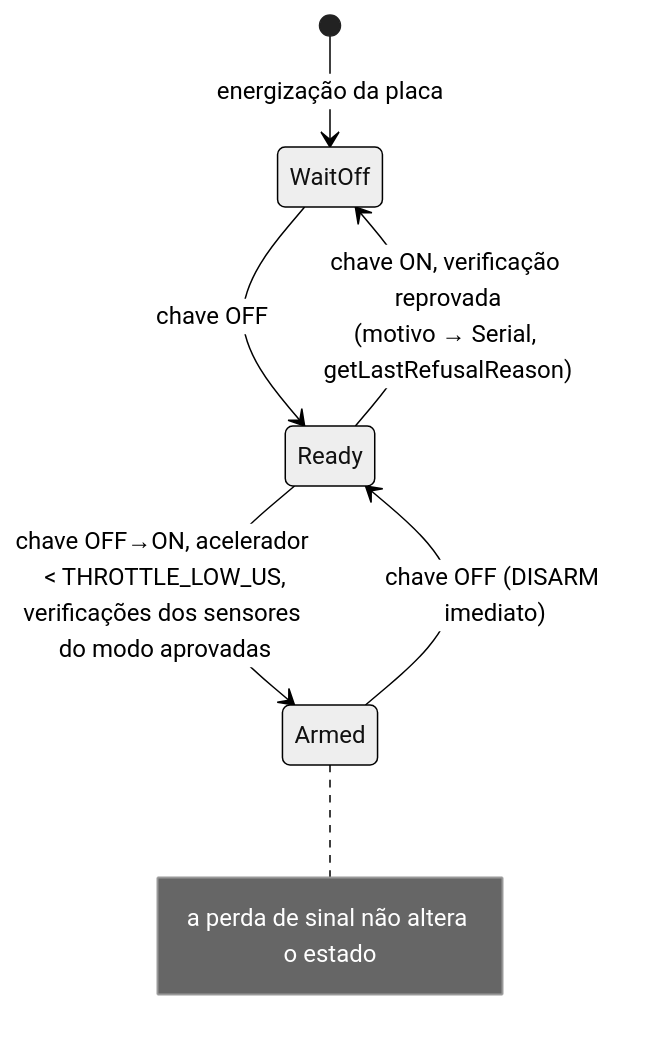
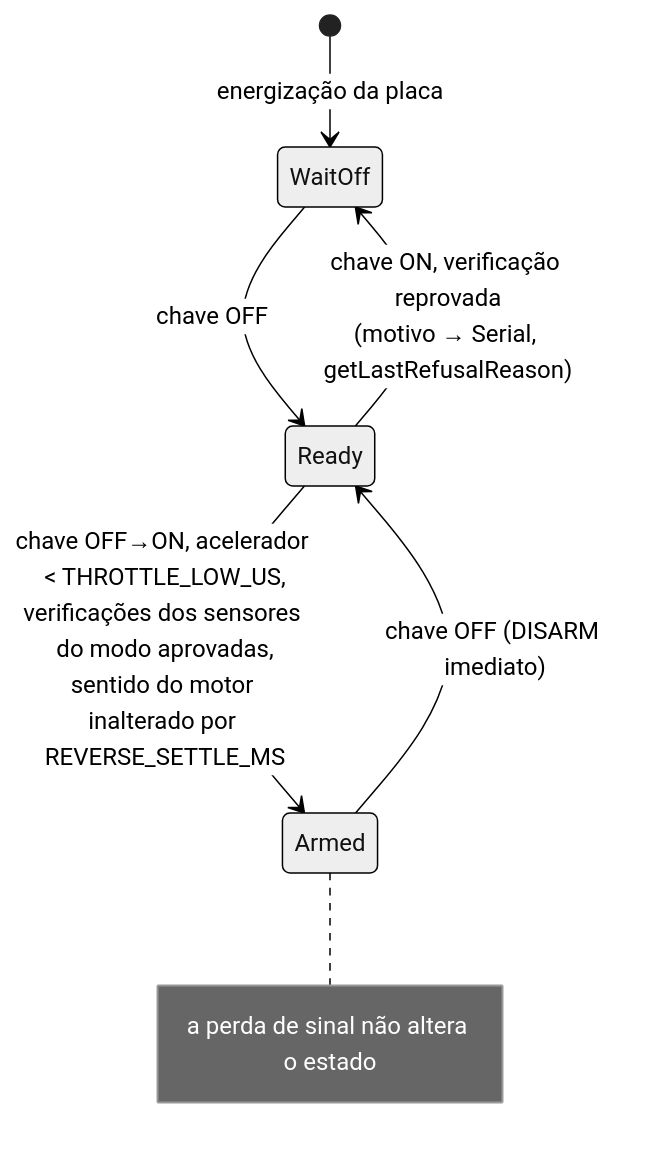
Before and after one commit to damir-lebedev/OpenPlaneProject: the seventh of 11 diagrams in docs/i18n/pt-BR/ARCHITECTURE.md, drawn with Mermaid (neutral theme). The commit also changed other lines of this file and 166 other files, not shown here.

First line of the commit message:
Make the bidirectional BLHeli 80A ESC the main one, with a disarm-only motor reverse

````diff
--- a/docs/i18n/pt-BR/ARCHITECTURE.md
+++ b/docs/i18n/pt-BR/ARCHITECTURE.md
@@ -407,9 +413,9 @@
 ```mermaid
 stateDiagram-v2
     [*] --> WaitOff : energização da placa
     WaitOff --> Ready : chave OFF
-    Ready --> Armed : chave OFF→ON, acelerador < THROTTLE_LOW_US,<br/>verificações dos sensores do modo aprovadas
+    Ready --> Armed : chave OFF→ON, acelerador < THROTTLE_LOW_US,<br/>verificações dos sensores do modo aprovadas,<br/>sentido do motor inalterado por REVERSE_SETTLE_MS
     Ready --> WaitOff : chave ON, verificação reprovada<br/>(motivo → Serial, getLastRefusalReason)
     Armed --> Ready : chave OFF (DISARM imediato)
     note right of Armed : a perda de sinal não altera o estado
 ```
````
